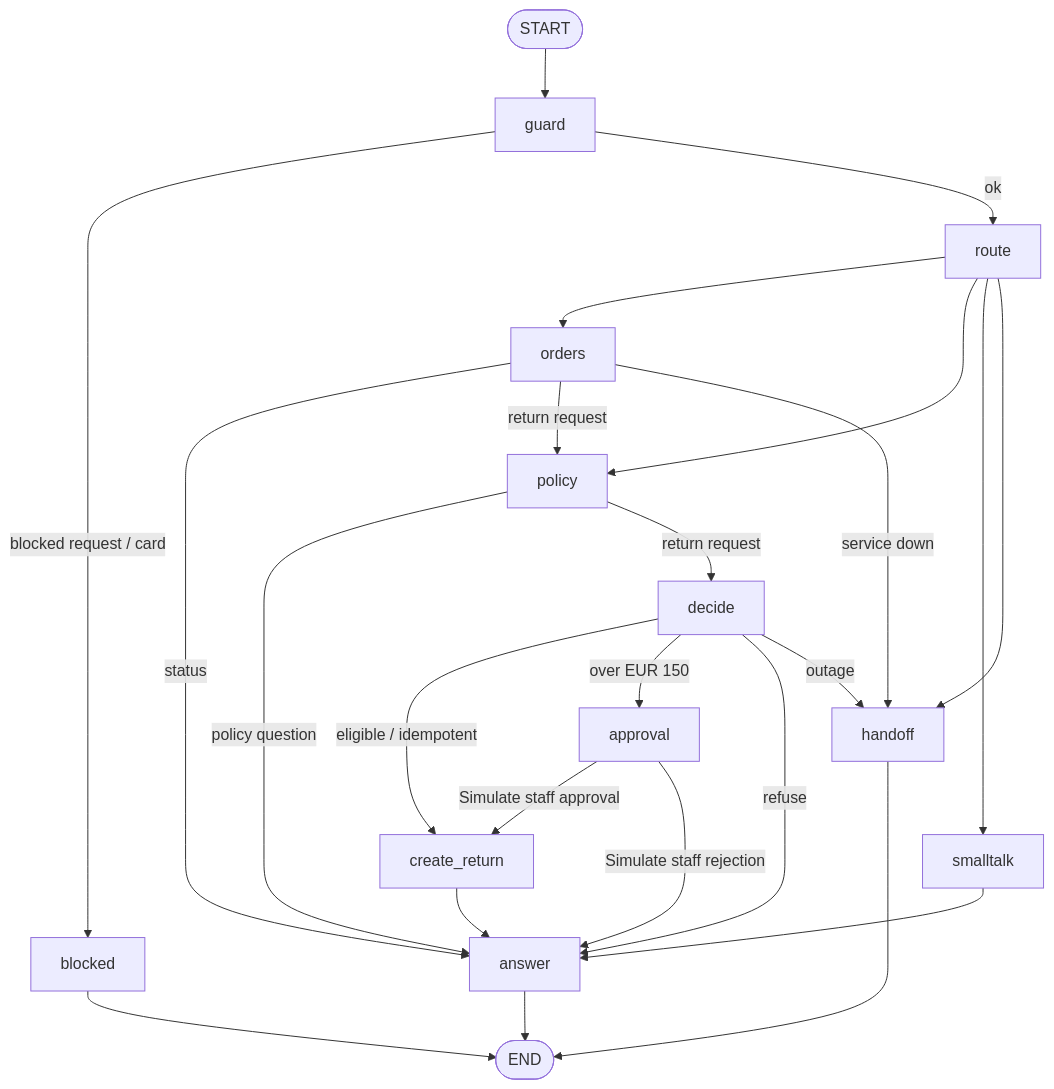
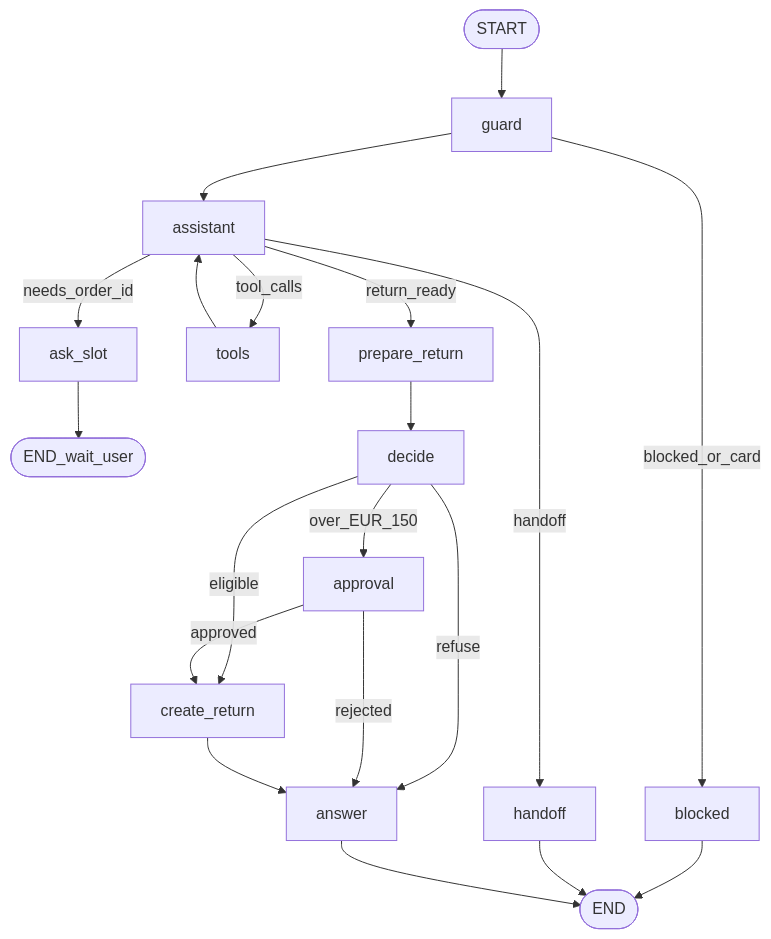
One commit to KyryloY/holm-help-chatbot changed the diagram in README.md. Above: the diagram before and after it, drawn with Mermaid. The commit also changed other lines of this file and 18 other files, not shown here.

````diff
--- a/README.md
+++ b/README.md
@@ -17,26 +17,22 @@
 ```mermaid
 flowchart TD
   START([START]) --> guard
-  guard -->|blocked request / card| blocked
-  guard -->|ok| route
-  route --> orders
-  route --> policy
-  route --> smalltalk
-  route --> handoff
-  orders -->|status| answer
-  orders -->|return request| policy
-  orders -->|service down| handoff
-  policy -->|policy question| answer
-  policy -->|return request| decide
-  decide -->|eligible / idempotent| create_return
-  decide -->|over EUR 150| approval
+  guard -->|blocked_or_card| blocked
+  guard --> assistant
+  assistant -->|needs_order_id| ask_slot
+  ask_slot --> END1([END_wait_user])
+  assistant -->|tool_calls| tools
+  tools --> assistant
+  assistant -->|return_ready| prepare_return
+  prepare_return --> decide
+  decide -->|eligible| create_return
+  decide -->|over_EUR_150| approval
   decide -->|refuse| answer
-  decide -->|outage| handoff
-  approval -->|Simulate staff approval| create_return
-  approval -->|Simulate staff rejection| answer
+  approval -->|approved| create_return
+  approval -->|rejected| answer
   create_return --> answer
-  smalltalk --> answer
-  blocked --> END([END])
-  handoff --> END
-  answer --> END
+  assistant -->|handoff| handoff
+  blocked --> END2([END])
+  handoff --> END2
+  answer --> END2
 ```
````
